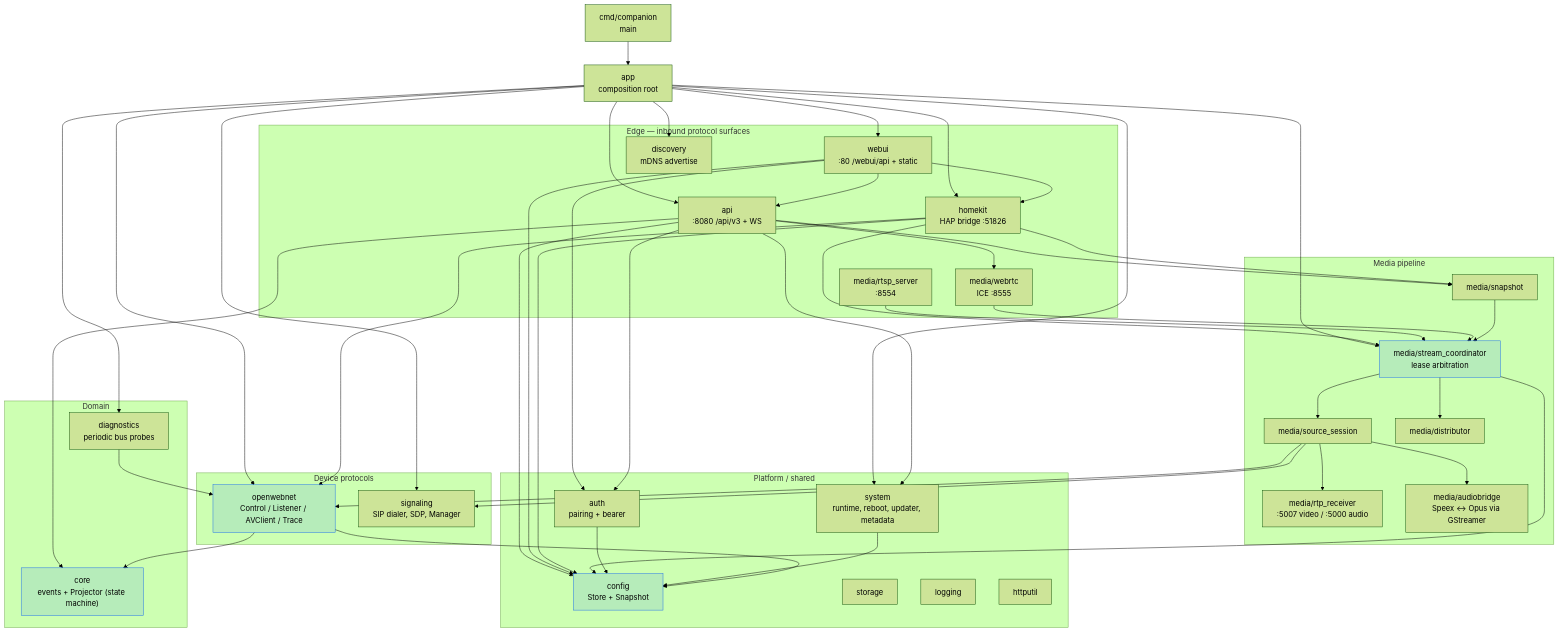
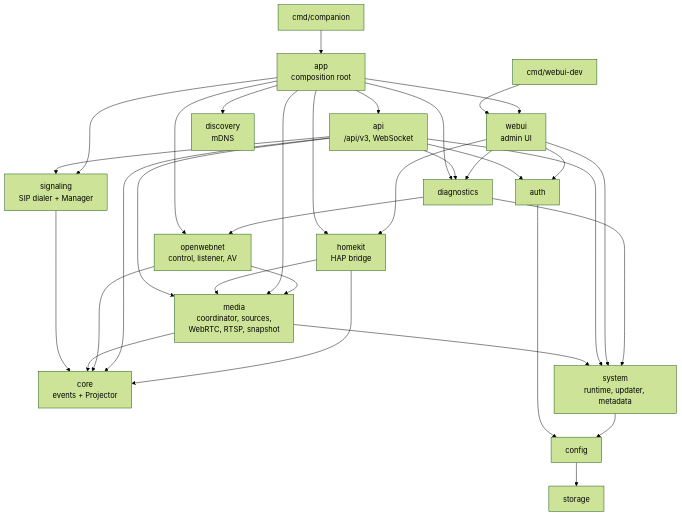
One commit to abeilprincipino/BTicino-GO-Companion changed the second of 4 diagrams in docs/architecture.md. Above: the diagram before and after it, drawn with Mermaid (forest theme). The commit also changed other lines of this file and 1 other file, not shown here.

Commit message:
docs: add CLAUDE.md and rewrite the architecture overview

````diff
--- a/docs/architecture.md
+++ b/docs/architecture.md
@@ -63,72 +83,40 @@
 ```mermaid
 graph TD
-    MAIN["cmd/companion<br/>main"] --> APP["app<br/>composition root"]
+    MAIN["cmd/companion"] --> APP["app<br/>composition root"]
+    DEV["cmd/webui-dev"] --> WEBUI
 
-    subgraph edge["Edge — inbound protocol surfaces"]
-        API["api<br/>:8080 /api/v3 + WS"]
-        WEBUI["webui<br/>:80 /webui/api + static"]
-        HOMEKIT["homekit<br/>HAP bridge :51826"]
-        MEDIART["media/rtsp_server<br/>:8554"]
-        MEDIAWR["media/webrtc<br/>ICE :8555"]
-        MDNS["discovery<br/>mDNS advertise"]
-    end
+    APP --> API["api<br/>/api/v3, WebSocket"]
+    APP --> WEBUI["webui<br/>admin UI"]
+    APP --> HOMEKIT["homekit<br/>HAP bridge"]
+    APP --> DISCOVERY["discovery<br/>mDNS"]
+    APP --> DIAG["diagnostics"]
 
-    subgraph domain["Domain"]
-        CORE["core<br/>events + Projector (state machine)"]
-        DIAG["diagnostics<br/>periodic bus probes"]
-    end
+    API --> MEDIA
+    API --> SIG
+    API --> DIAG
+    API --> AUTH
+    WEBUI --> HOMEKIT
+    WEBUI --> DIAG
+    WEBUI --> AUTH
+    HOMEKIT --> MEDIA
 
-    subgraph media_layer["Media pipeline"]
-        COORD["media/stream_coordinator<br/>lease arbitration"]
-        SRC["media/source_session"]
-        RTP["media/rtp_receiver<br/>:5007 video / :5000 audio"]
-        BRIDGE["media/audiobridge<br/>Speex &lt;-&gt; Opus via GStreamer"]
-        SNAP["media/snapshot"]
-        DIST["media/distributor"]
-    end
+    APP --> OWN["openwebnet<br/>control, listener, AV"]
+    APP --> SIG["signaling<br/>SIP dialer + Manager"]
+    APP --> MEDIA["media<br/>coordinator, sources,<br/>WebRTC, RTSP, snapshot"]
 
-    subgraph protocol["Device protocols"]
-        OWN["openwebnet<br/>Control / Listener / AVClient / Trace"]
-        SIG["signaling<br/>SIP dialer, SDP, Manager"]
-    end
+    OWN --> MEDIA
+    DIAG --> OWN
+    SIG --> CORE
+    MEDIA --> CORE["core<br/>events + Projector"]
+    OWN --> CORE
+    API --> CORE
+    HOMEKIT --> CORE
 
-    subgraph platform["Platform / shared"]
-        CONFIG["config<br/>Store + Snapshot"]
-        AUTH["auth<br/>pairing + bearer"]
-        SYSTEM["system<br/>runtime, reboot, updater, metadata"]
-        STORAGE["storage"]
-        LOGGING["logging"]
-        HTTPUTIL["httputil"]
-    end
-
-    APP --> API & WEBUI & HOMEKIT & MDNS & DIAG & COORD & OWN & SIG & SYSTEM
-
-    WEBUI --> API
-    WEBUI --> HOMEKIT
-    WEBUI --> AUTH
-    API --> AUTH
-    API --> CORE
-    API --> MEDIAWR
-    API --> SNAP
+    MEDIA --> SYSTEM["system<br/>runtime, updater, metadata"]
     API --> SYSTEM
-
-    HOMEKIT --> COORD
-    HOMEKIT --> SNAP
-    HOMEKIT --> OWN
-
-    MEDIART --> COORD
-    MEDIAWR --> COORD
-    COORD --> SRC
-    SRC --> RTP & SIG & OWN
-    SRC --> BRIDGE
-    COORD --> DIST
-    SNAP --> COORD
-
-    DIAG --> OWN
-    OWN --> CORE
-
-    API & WEBUI & HOMEKIT & COORD & AUTH & SYSTEM & OWN --> CONFIG
-
-    classDef core fill:#1f6feb22,stroke:#1f6feb
-    class CONFIG,OWN,CORE,COORD core
+    WEBUI --> SYSTEM
+    DIAG --> SYSTEM
+    AUTH["auth"] --> CONFIG
+    SYSTEM --> CONFIG["config"]
+    CONFIG --> STORAGE["storage"]
 ```
````
